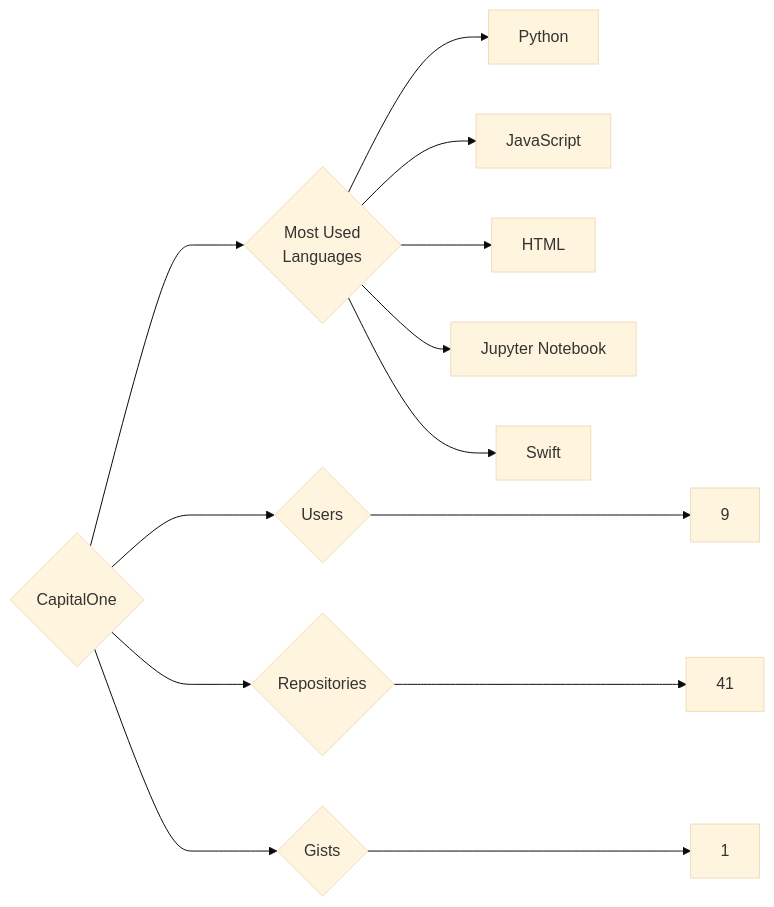
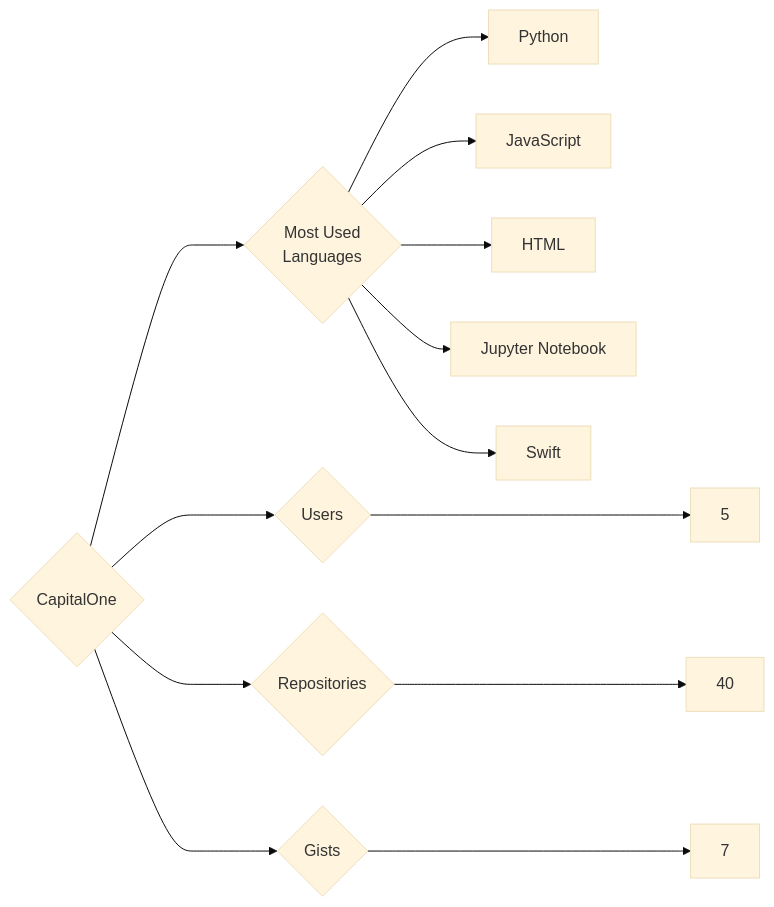
One commit to trickest/insiders changed the diagram in targets/CapitalOne/README.md. Above: the diagram before and after it, drawn with Mermaid (base theme). The commit also changed 1023 other files, not shown here.

````diff
--- a/targets/CapitalOne/README.md
+++ b/targets/CapitalOne/README.md
@@ -3,13 +3,13 @@
 ```mermaid
 graph LR
 COMPANY_NAME{CapitalOne}
-COMPANY_NAME ---> U{Users} ---> UN[9]
-COMPANY_NAME ---> R{Repositories} ---> RN[41]
-COMPANY_NAME ---> G{Gists} ---> GN[1]
+COMPANY_NAME ---> U{Users} ---> UN[5]
+COMPANY_NAME ---> R{Repositories} ---> RN[40]
+COMPANY_NAME ---> G{Gists} ---> GN[7]
 COMPANY_NAME ---> ML{Most Used<br>Languages}
 ML --> Python[Python]
 ML --> JavaScript[JavaScript]
 ML --> HTML[HTML]
 ML --> Jupyter_Notebook[Jupyter Notebook]
 ML --> Swift[Swift]
 ```
````
